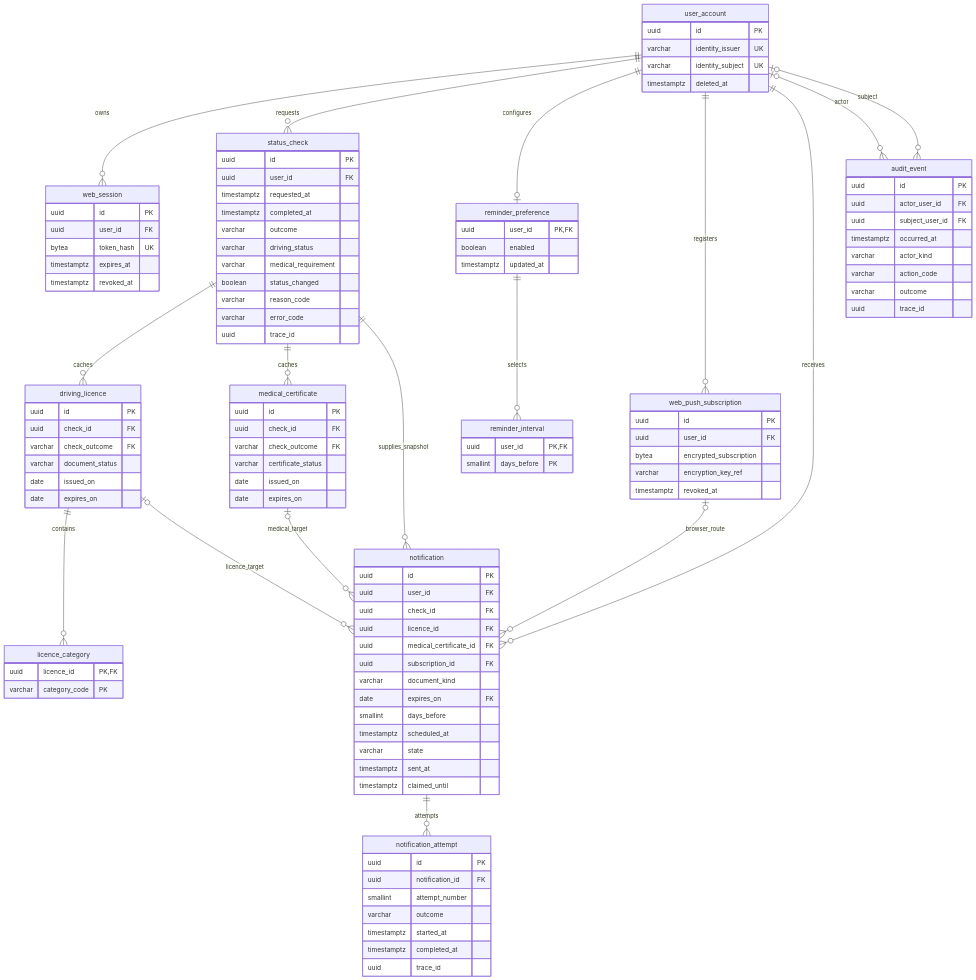
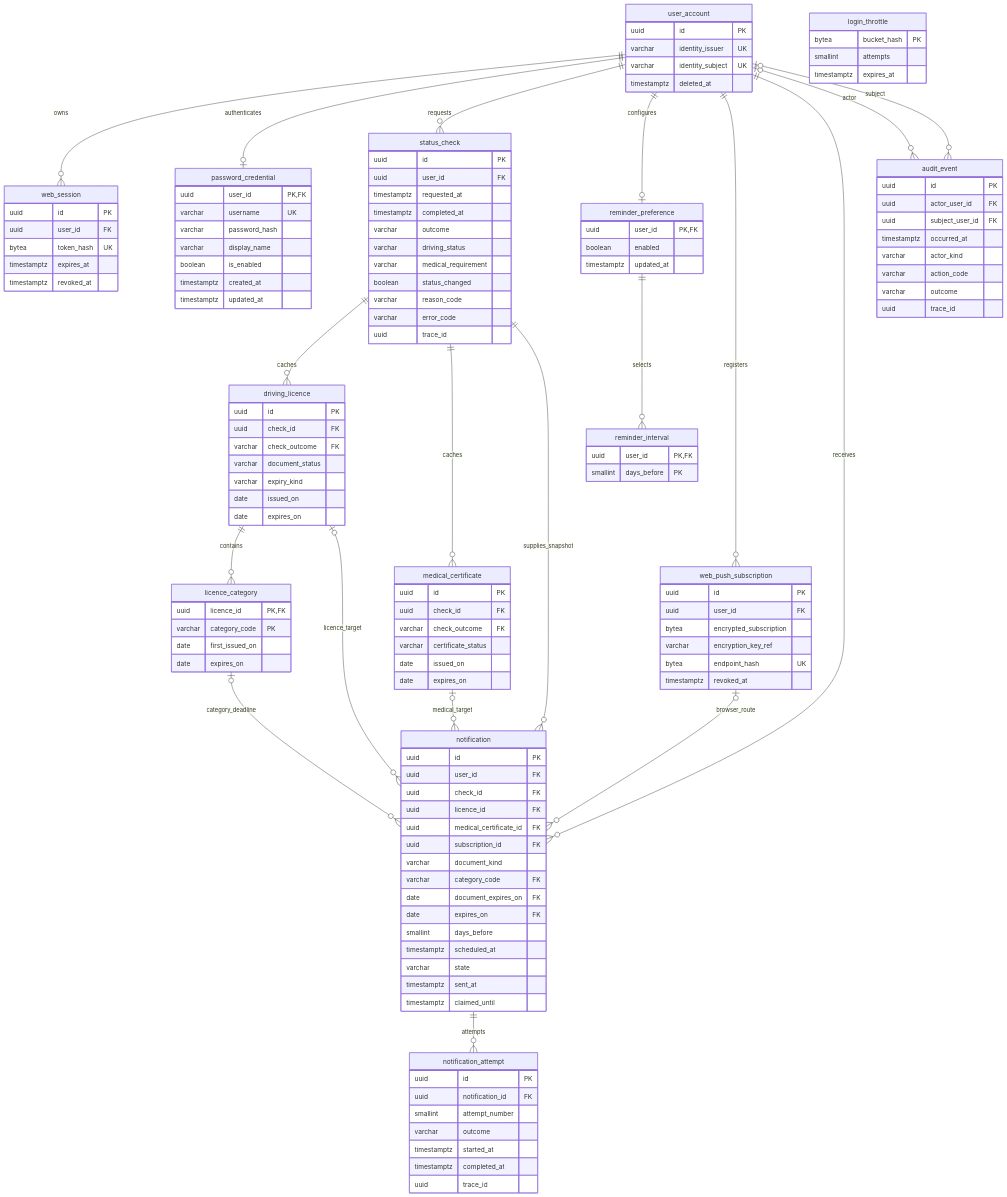
One commit to renekorss/ite4120 changed the diagram in docs/database-erd.mmd. Above: the diagram before and after it, drawn with Mermaid. The commit also changed 105 other files, not shown here.

```diff
--- a/docs/database-erd.mmd
+++ b/docs/database-erd.mmd
@@ -1,113 +1,135 @@
 erDiagram
     user_account ||--o{ web_session : owns
+    user_account ||--o| password_credential : authenticates
     user_account ||--o{ status_check : requests
     status_check ||--o{ driving_licence : caches
     driving_licence ||--o{ licence_category : contains
     status_check ||--o{ medical_certificate : caches
     user_account ||--o| reminder_preference : configures
     reminder_preference ||--o{ reminder_interval : selects
     user_account ||--o{ web_push_subscription : registers
     user_account ||--o{ notification : receives
     status_check ||--o{ notification : supplies_snapshot
     driving_licence o|--o{ notification : licence_target
     medical_certificate o|--o{ notification : medical_target
     web_push_subscription o|--o{ notification : browser_route
+    licence_category o|--o{ notification : category_deadline
     notification ||--o{ notification_attempt : attempts
     user_account o|--o{ audit_event : actor
     user_account o|--o{ audit_event : subject
     user_account {
         uuid id PK
         varchar identity_issuer UK
         varchar identity_subject UK
         timestamptz deleted_at
     }
     web_session {
         uuid id PK
         uuid user_id FK
         bytea token_hash UK
         timestamptz expires_at
         timestamptz revoked_at
     }
     status_check {
         uuid id PK
         uuid user_id FK
         timestamptz requested_at
         timestamptz completed_at
         varchar outcome
         varchar driving_status
         varchar medical_requirement
         boolean status_changed
         varchar reason_code
         varchar error_code
         uuid trace_id
     }
     driving_licence {
         uuid id PK
         uuid check_id FK
         varchar check_outcome FK
         varchar document_status
+        varchar expiry_kind
         date issued_on
         date expires_on
     }
     licence_category {
         uuid licence_id PK,FK
         varchar category_code PK
+        date first_issued_on
+        date expires_on
     }
     medical_certificate {
         uuid id PK
         uuid check_id FK
         varchar check_outcome FK
         varchar certificate_status
         date issued_on
         date expires_on
     }
     reminder_preference {
         uuid user_id PK,FK
         boolean enabled
         timestamptz updated_at
     }
     reminder_interval {
         uuid user_id PK,FK
         smallint days_before PK
     }
     web_push_subscription {
         uuid id PK
         uuid user_id FK
         bytea encrypted_subscription
         varchar encryption_key_ref
+        bytea endpoint_hash UK
         timestamptz revoked_at
     }
     notification {
         uuid id PK
         uuid user_id FK
         uuid check_id FK
         uuid licence_id FK
         uuid medical_certificate_id FK
         uuid subscription_id FK
         varchar document_kind
+        varchar category_code FK
+        date document_expires_on FK
         date expires_on FK
         smallint days_before
         timestamptz scheduled_at
         varchar state
         timestamptz sent_at
         timestamptz claimed_until
     }
     notification_attempt {
         uuid id PK
         uuid notification_id FK
         smallint attempt_number
         varchar outcome
         timestamptz started_at
         timestamptz completed_at
         uuid trace_id
     }
     audit_event {
         uuid id PK
         uuid actor_user_id FK
         uuid subject_user_id FK
         timestamptz occurred_at
         varchar actor_kind
         varchar action_code
         varchar outcome
         uuid trace_id
     }
+    password_credential {
+        uuid user_id PK,FK
+        varchar username UK
+        varchar password_hash
+        varchar display_name
+        boolean is_enabled
+        timestamptz created_at
+        timestamptz updated_at
+    }
+    login_throttle {
+        bytea bucket_hash PK
+        smallint attempts
+        timestamptz expires_at
+    }
```
